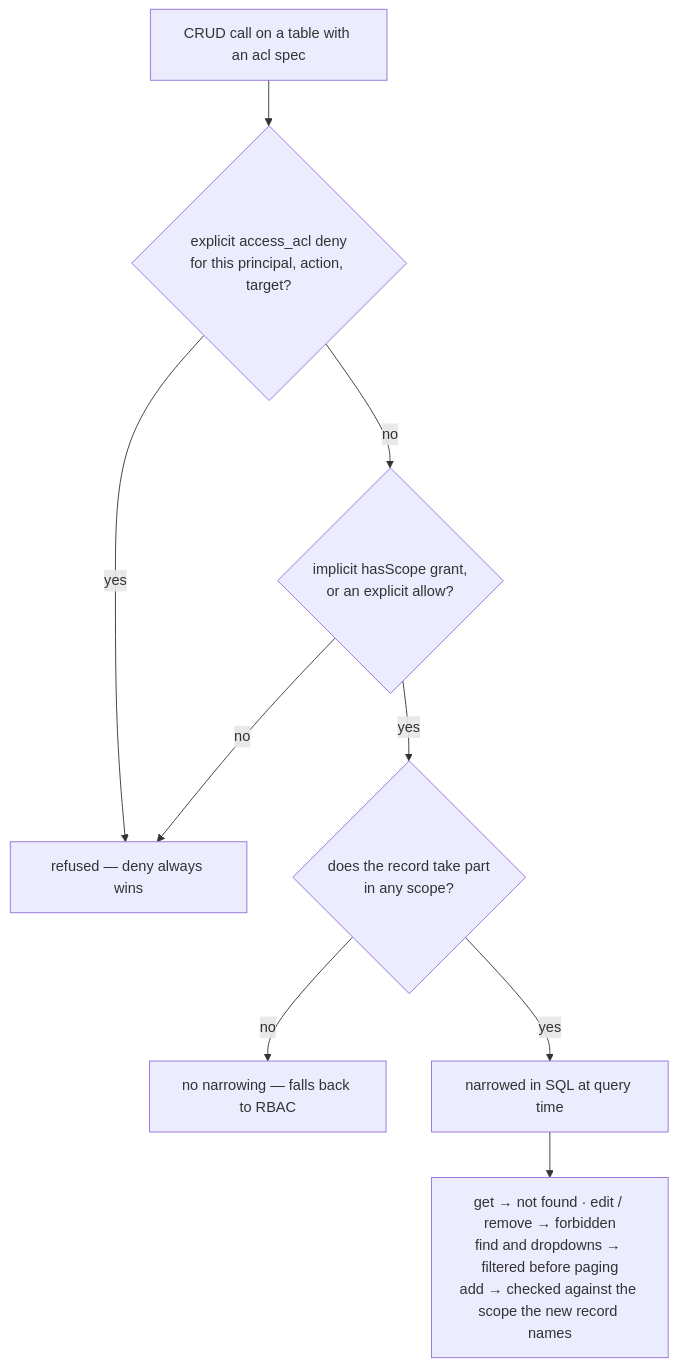
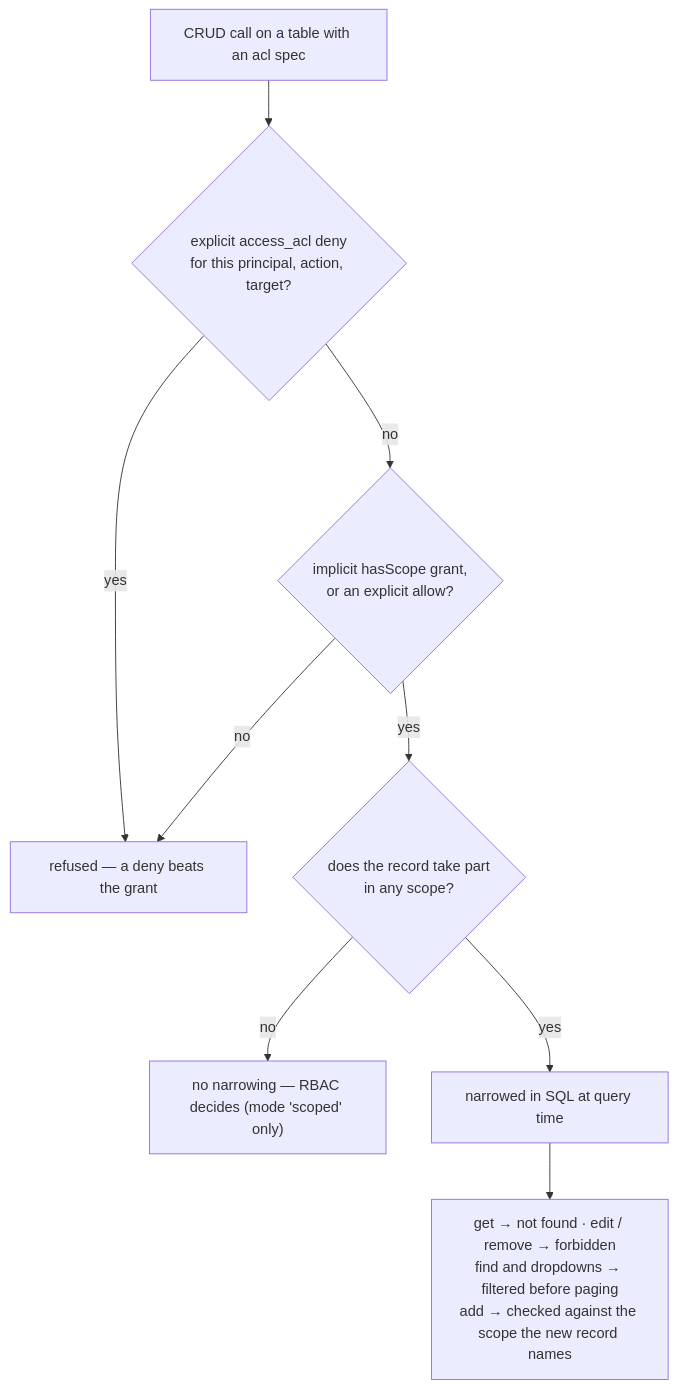
Before and after one commit to feasibleone/blong: the diagram in docs/blong/docs/concepts/acl.md, drawn with Mermaid. The commit also changed other lines of this file and 52 other files, not shown here.

````diff
--- a/docs/blong/docs/concepts/acl.md
+++ b/docs/blong/docs/concepts/acl.md
@@ -7,11 +7,11 @@
 ```mermaid
 flowchart TD
     call["CRUD call on a table with an acl spec"] --> deny{"explicit access_acl deny<br/>for this principal, action, target?"}
-    deny -->|"yes"| refused["refused — deny always wins"]
+    deny -->|"yes"| refused["refused — a deny beats the grant"]
     deny -->|"no"| grant{"implicit hasScope grant,<br/>or an explicit allow?"}
     grant -->|"no"| refused
     grant -->|"yes"| scope{"does the record take part<br/>in any scope?"}
-    scope -->|"no"| passThrough["no narrowing — falls back to RBAC"]
+    scope -->|"no"| passThrough["no narrowing — RBAC decides (mode 'scoped' only)"]
     scope -->|"yes"| sql["narrowed in SQL at query time"]
     sql --> effect["get → not found · edit / remove → forbidden<br/>find and dropdowns → filtered before paging<br/>add → checked against the scope the new record names"]
 ```
````
